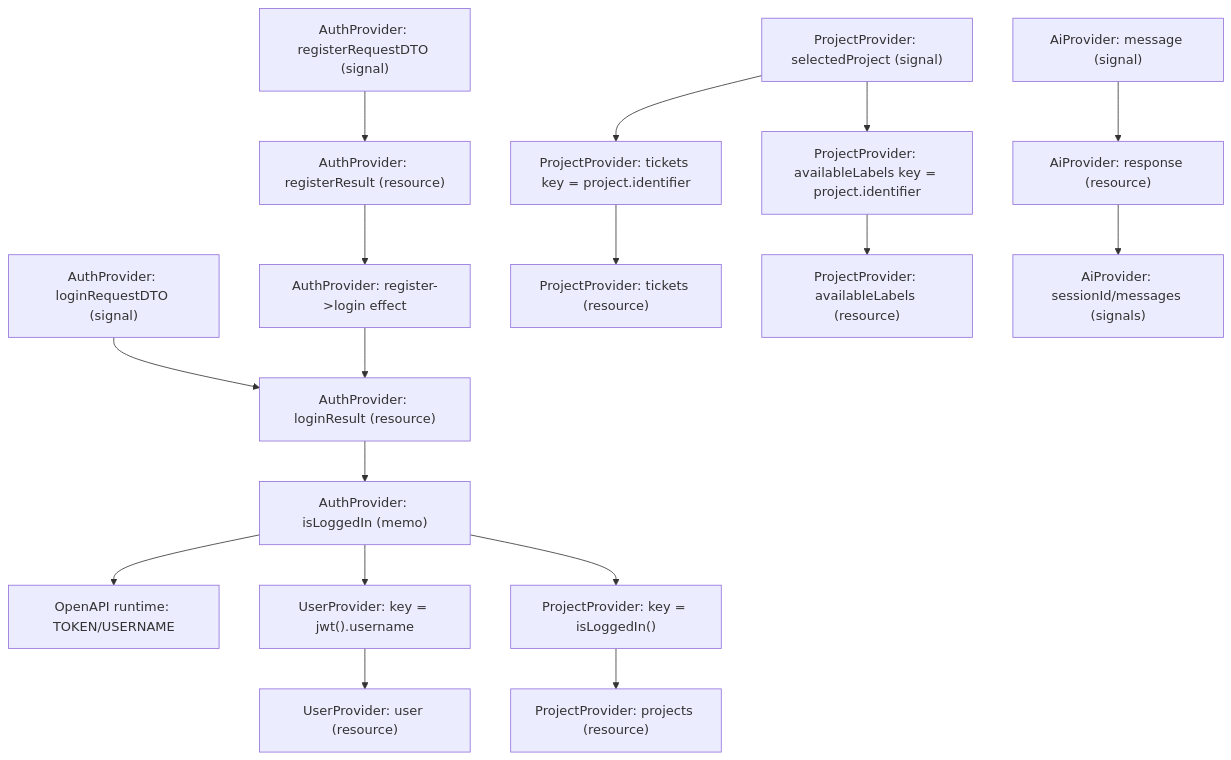
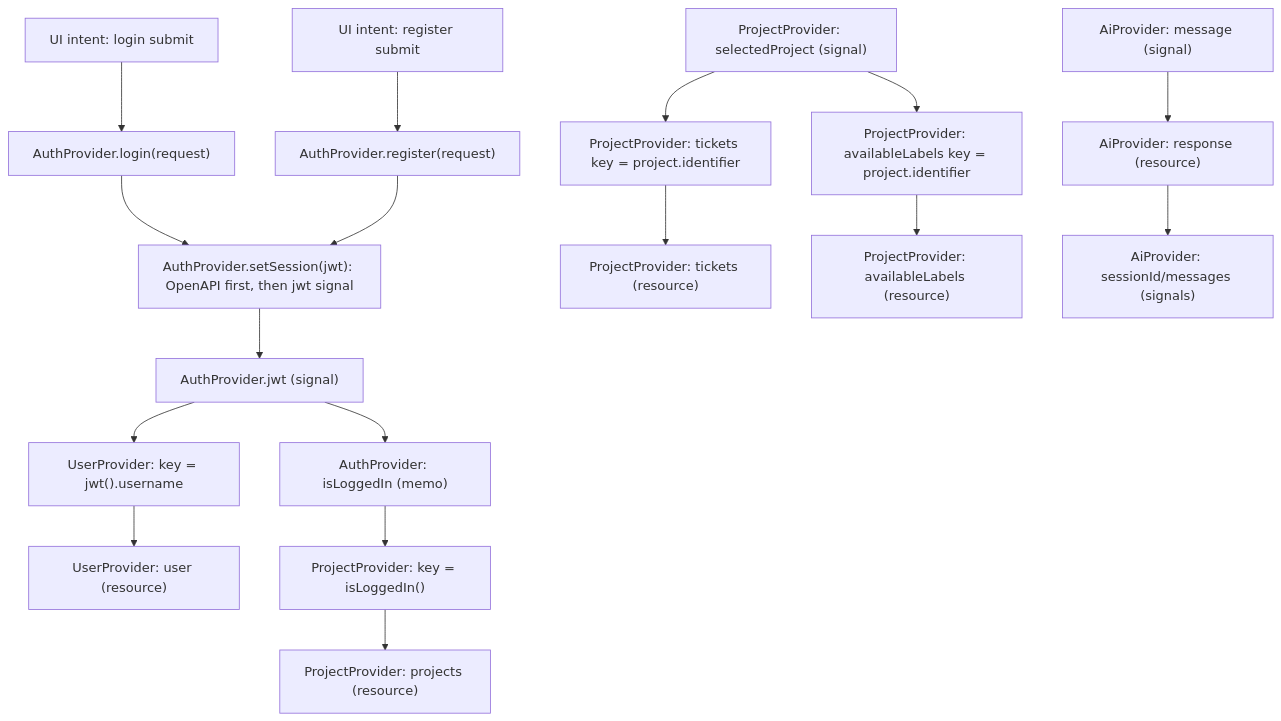
Before and after one commit to Jenga-PMS/Jenga-PMS.github.io: the second of 7 diagrams in docs/architecture/frontend/state_data_flow.md, drawn with Mermaid. The commit also changed other lines of this file and 2 other files, not shown here.

````diff
--- a/docs/architecture/frontend/state_data_flow.md
+++ b/docs/architecture/frontend/state_data_flow.md
@@ -84,25 +86,26 @@
 ```mermaid
 graph TD
-    loginReq["AuthProvider: loginRequestDTO (signal)"] --> loginRes["AuthProvider: loginResult (resource)"]
-    regReq["AuthProvider: registerRequestDTO (signal)"] --> regRes["AuthProvider: registerResult (resource)"]
-    regRes --> autoLogin["AuthProvider: register->login effect"]
-    autoLogin --> loginRes
+    loginUI["UI intent: login submit"] --> loginAction["AuthProvider.login(request)"]
+    registerUI["UI intent: register submit"] --> registerAction["AuthProvider.register(request)"]
 
-    loginRes --> loggedIn["AuthProvider: isLoggedIn (memo)"]
-    loggedIn --> openapi["OpenAPI runtime: TOKEN/USERNAME"]
+    loginAction --> setSession["AuthProvider.setSession(jwt): OpenAPI first, then jwt signal"]
+    registerAction --> setSession
 
-    loggedIn --> userKey["UserProvider: key = jwt().username"]
+    setSession --> jwtState["AuthProvider.jwt (signal)"]
+    jwtState --> loggedIn["AuthProvider: isLoggedIn (memo)"]
+
+    jwtState --> userKey["UserProvider: key = jwt().username"]
     userKey --> userRes["UserProvider: user (resource)"]
 
     loggedIn --> projectsKey["ProjectProvider: key = isLoggedIn()"]
     projectsKey --> projectsRes["ProjectProvider: projects (resource)"]
 
     selectedProject["ProjectProvider: selectedProject (signal)"] --> ticketsKey["ProjectProvider: tickets key = project.identifier"]
     ticketsKey --> ticketsRes["ProjectProvider: tickets (resource)"]
 
     selectedProject --> labelsKey["ProjectProvider: availableLabels key = project.identifier"]
     labelsKey --> labelsRes["ProjectProvider: availableLabels (resource)"]
 
     message["AiProvider: message (signal)"] --> aiRes["AiProvider: response (resource)"]
     aiRes --> aiState["AiProvider: sessionId/messages (signals)"]
 ```
````
